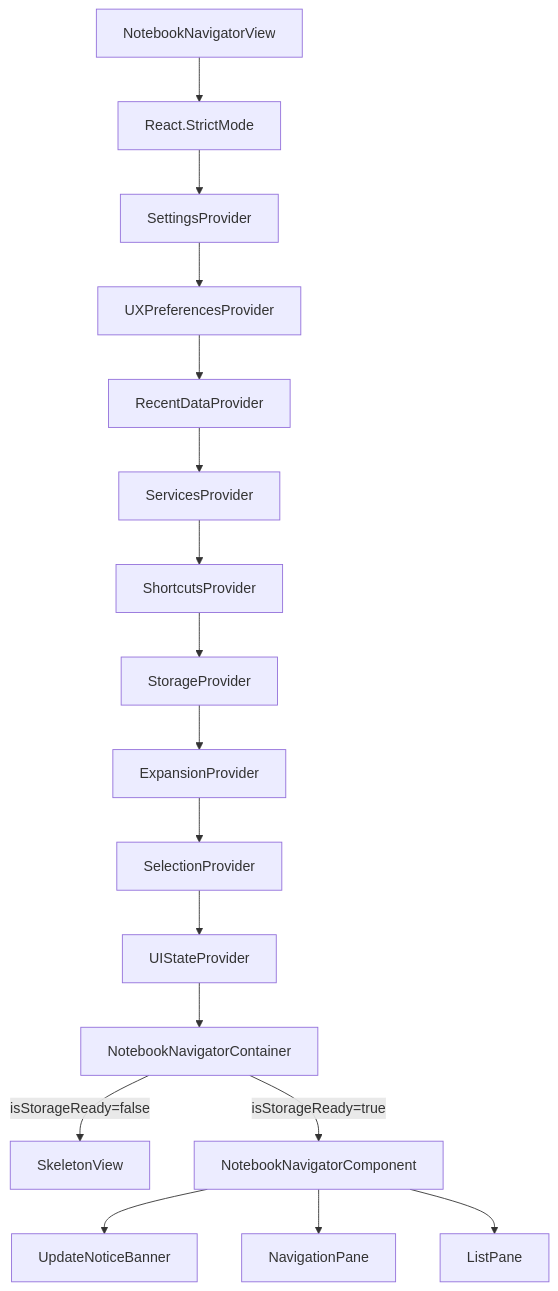
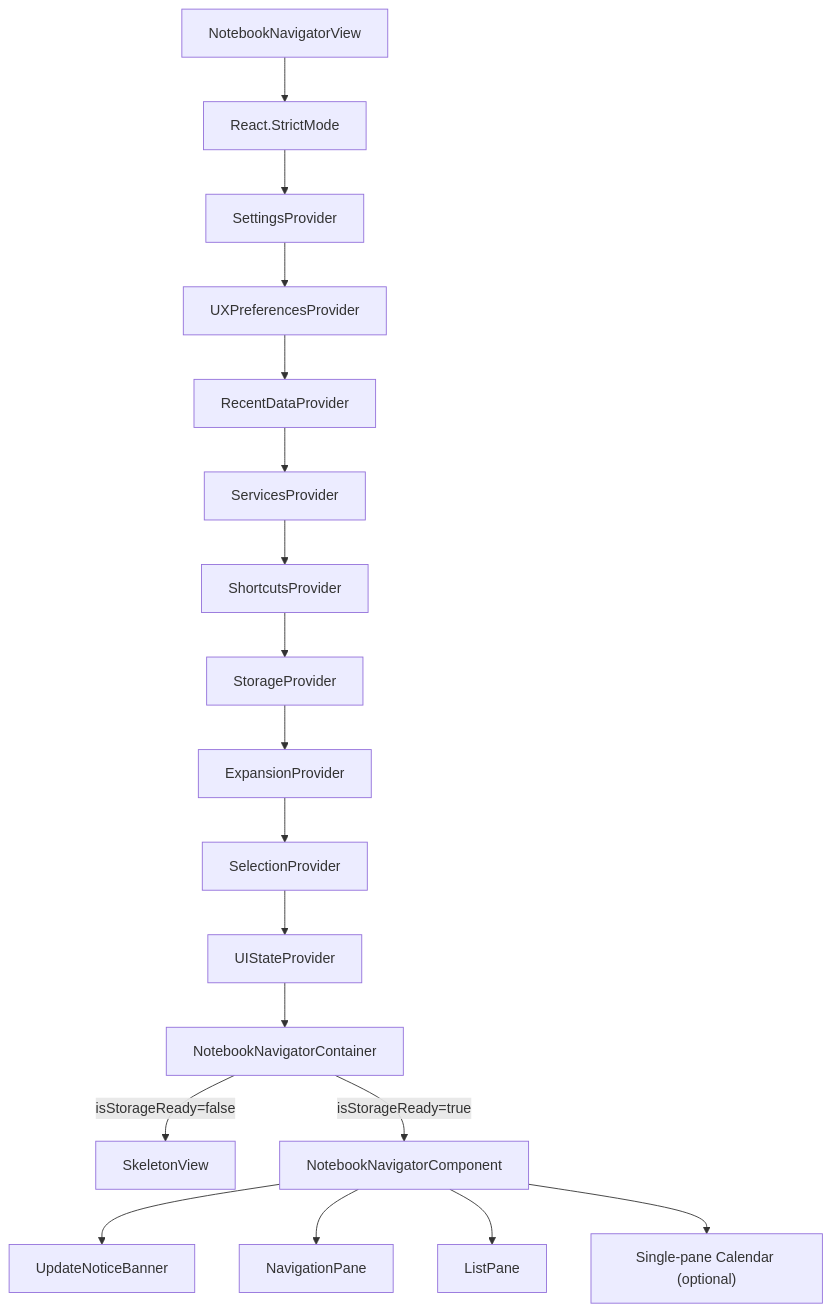
One commit to HEmile/notebook-navigator changed the first of 7 diagrams in docs/rendering-architecture.md. Above: the diagram before and after it, drawn with Mermaid. The commit also changed other lines of this file and 7 other files, not shown here.

````diff
--- a/docs/rendering-architecture.md
+++ b/docs/rendering-architecture.md
@@ -107,12 +108,13 @@
 ```mermaid
 graph TD
     OV["NotebookNavigatorView"] --> SM["React.StrictMode"] --> SP["SettingsProvider"] --> UX["UXPreferencesProvider"] --> RD["RecentDataProvider"];
     RD --> SVC["ServicesProvider"] --> SHC["ShortcutsProvider"] --> ST["StorageProvider"] --> EP["ExpansionProvider"] --> SEL["SelectionProvider"];
     SEL --> UI["UIStateProvider"] --> NC["NotebookNavigatorContainer"];
 
     NC -->|isStorageReady=false| SK["SkeletonView"];
     NC -->|isStorageReady=true| NNC["NotebookNavigatorComponent"];
     NNC --> UNB["UpdateNoticeBanner"];
     NNC --> NPR["NavigationPane"];
     NNC --> LPR["ListPane"];
+    NNC --> SPC["Single-pane Calendar (optional)"];
 ```
````
